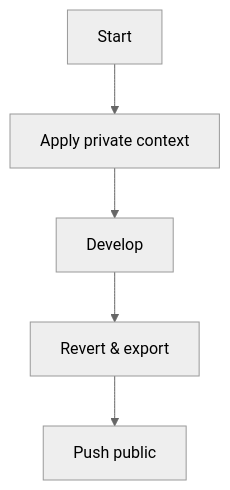
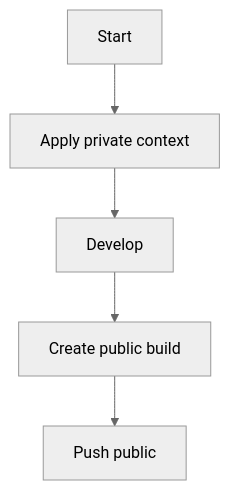
The diagram in docs/diagrams/manual-workflow.mermaid (CodeDidim/conversion-tools), drawn with Mermaid (neutral theme) before and after one commit. The commit also changed 12 other files, not shown here.

Commit message:
Remove export directory from public workflow

```diff
--- a/docs/diagrams/manual-workflow.mermaid
+++ b/docs/diagrams/manual-workflow.mermaid
@@ -1,5 +1,5 @@
 graph TD
     A[Start] --> B[Apply private context]
     B --> C[Develop]
-    C --> D[Revert & export]
+    C --> D[Create public build]
     D --> E[Push public]
```
